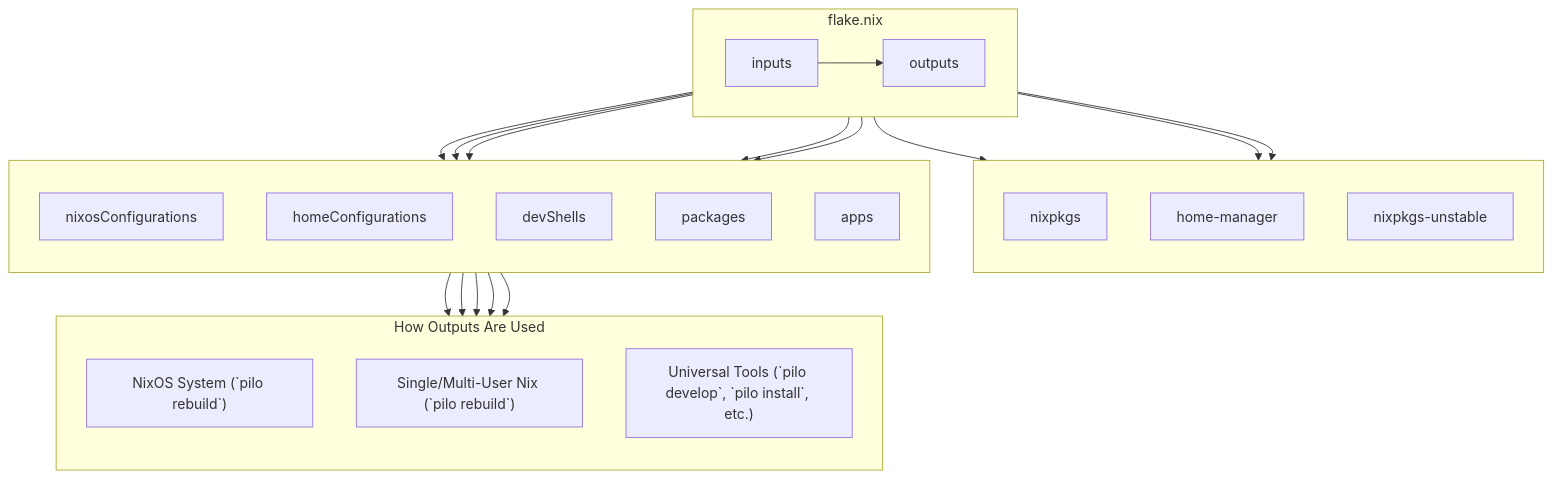
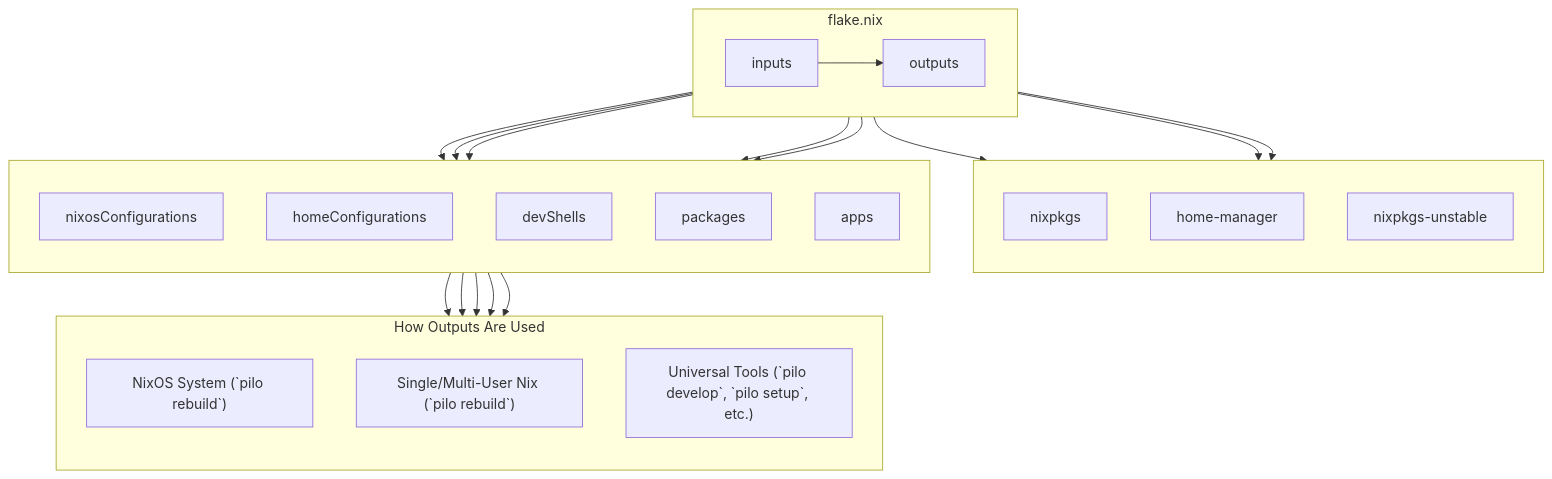
One commit to stewlab/pilo changed the diagram in flake/README.md. Above: the diagram before and after it, drawn with Mermaid. The commit also changed other lines of this file and 10 other files, not shown here.

````diff
--- a/flake/README.md
+++ b/flake/README.md
@@ -27,46 +27,46 @@
 ```mermaid
 graph TD
     subgraph "flake.nix"
         direction LR
         A[inputs] --> O[outputs]
     end
 
     subgraph " "
         direction TB
         B1[nixpkgs]
         B2[home-manager]
         B3[nixpkgs-unstable]
     end
 
     A --> B1
     A --> B2
     A --> B3
 
     subgraph " "
         direction TB
         O1[nixosConfigurations]
         O2[homeConfigurations]
         O3[devShells]
         O4[packages]
         O5[apps]
     end
 
     O --> O1
     O --> O2
     O --> O3
     O --> O4
     O --> O5
 
     subgraph "How Outputs Are Used"
         direction TB
         U1["NixOS System (`pilo rebuild`)"]
         U2["Single/Multi-User Nix (`pilo rebuild`)"]
-        U3["Universal Tools (`pilo develop`, `pilo install`, etc.)"]
+        U3["Universal Tools (`pilo develop`, `pilo setup`, etc.)"]
     end
 
     O1 --> U1
     O2 --> U2
     O3 --> U3
     O4 --> U3
     O5 --> U3
 ```
````
